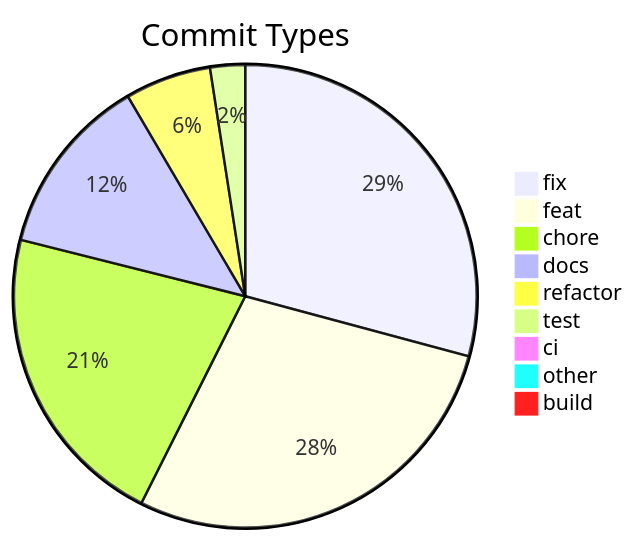
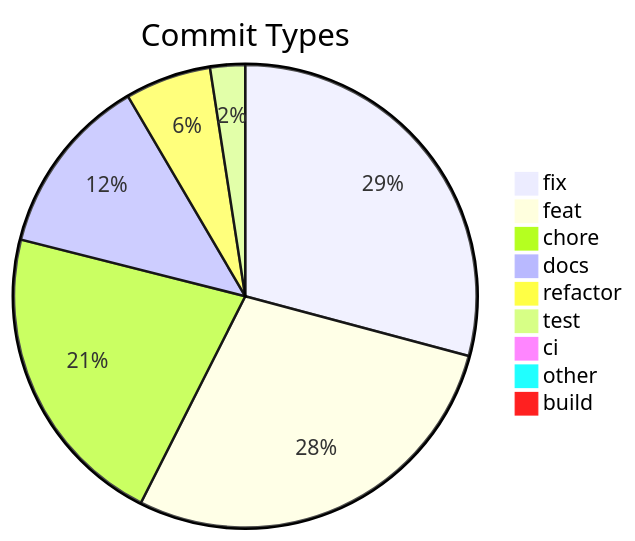
Before and after one commit to svenroth-ai/shipwright: the diagram in .shipwright/compliance/change-history.md, drawn with Mermaid. The commit also changed other lines of this file and 20 other files, not shown here.

````diff
--- a/.shipwright/compliance/change-history.md
+++ b/.shipwright/compliance/change-history.md
@@ -8,12 +8,12 @@
 ```mermaid
 pie title Commit Types
     "fix" : 335
-    "feat" : 324
+    "feat" : 325
     "chore" : 247
     "docs" : 145
     "refactor" : 69
     "test" : 28
     "ci" : 11
     "other" : 9
     "build" : 1
 ```
````
